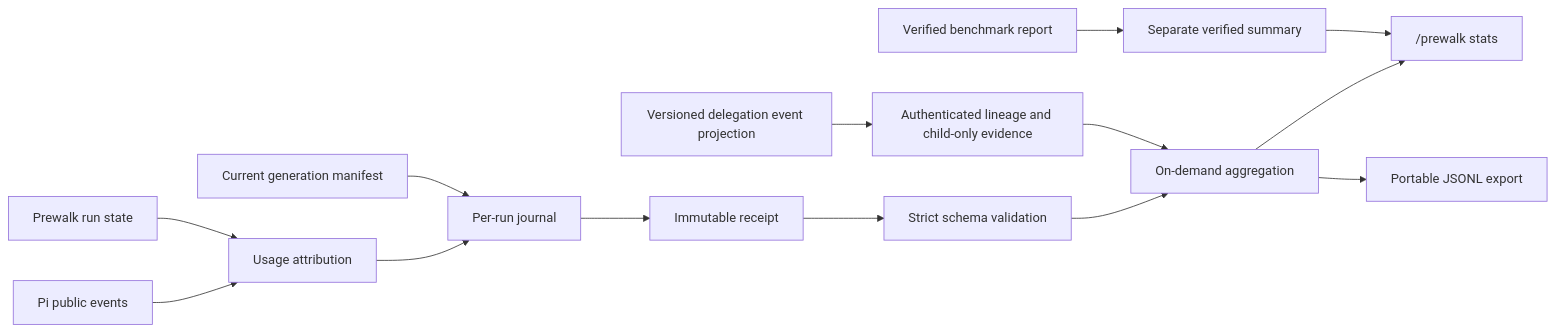
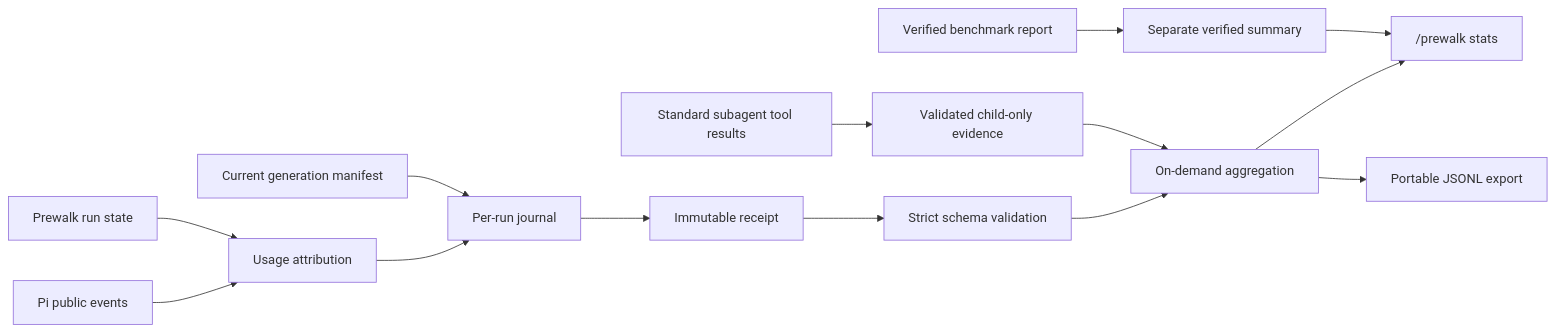
One commit to javonmcgilberry/pi-prewalk changed the second of 6 diagrams in docs/plans/2026-07-30-003-feat-prewalk-personal-savings-analytics-plan.md. Above: the diagram before and after it, drawn with Mermaid. The commit also changed other lines of this file and 15 other files, not shown here.

````diff
--- a/docs/plans/2026-07-30-003-feat-prewalk-personal-savings-analytics-plan.md
+++ b/docs/plans/2026-07-30-003-feat-prewalk-personal-savings-analytics-plan.md
@@ -390,16 +390,16 @@
 ```mermaid
 flowchart LR
     E["Pi public events"] --> C["Usage attribution"]
-    D["Versioned delegation event projection"] --> Q["Authenticated lineage and child-only evidence"]
+    D["Standard subagent tool results"] --> Q["Validated child-only evidence"]
     P["Prewalk run state"] --> C
     C --> J["Per-run journal"]
     J --> R["Immutable receipt"]
     M["Current generation manifest"] --> J
     R --> V["Strict schema validation"]
     V --> G["On-demand aggregation"]
     Q --> G
     G --> S["/prewalk stats"]
     G --> X["Portable JSONL export"]
     B["Verified benchmark report"] --> I["Separate verified summary"]
     I --> S
 ```
````
